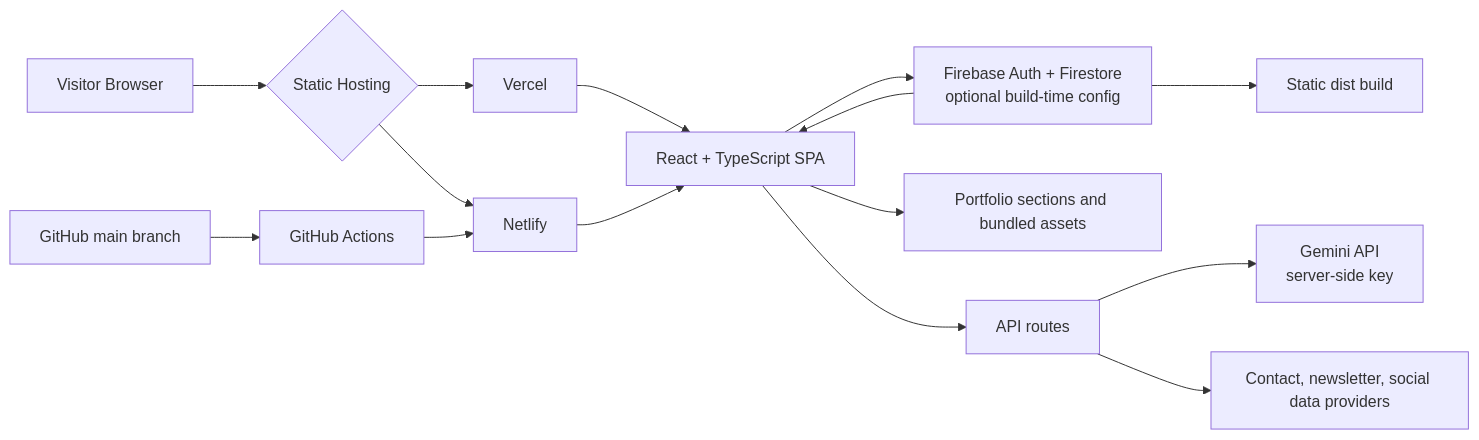
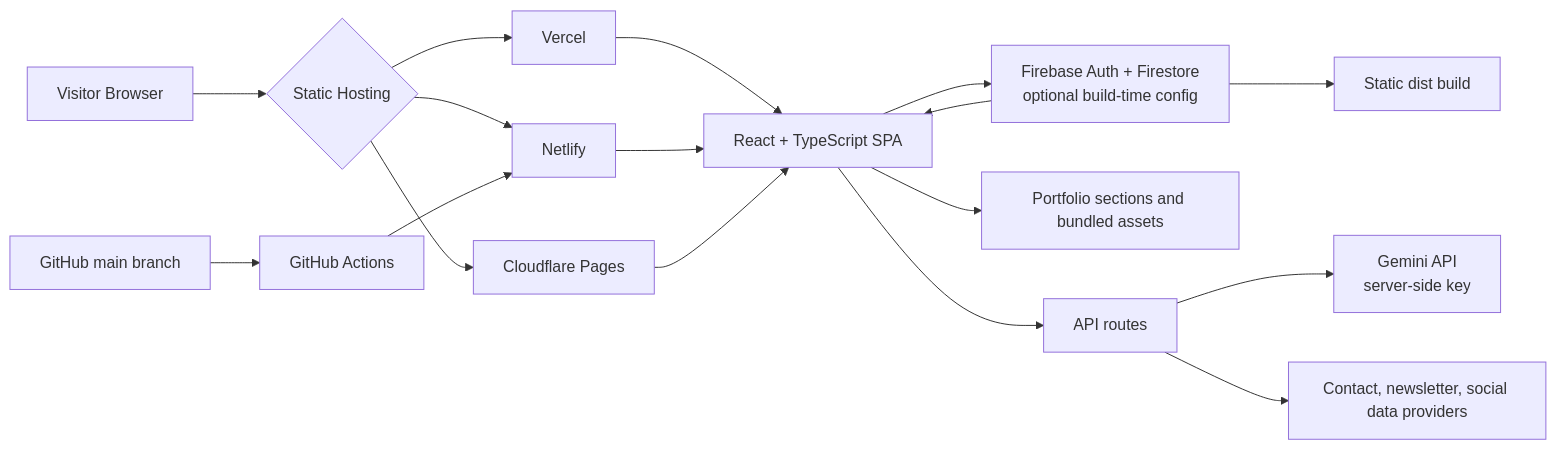
Before and after one commit to kalyan870/kalyanwebsite: the diagram in README.md, drawn with Mermaid. The commit also changed other lines of this file, not shown here.

Commit message:
Document live Cloudflare Pages deployment

````diff
--- a/README.md
+++ b/README.md
@@ -21,17 +21,19 @@
 ```mermaid
 flowchart LR
     Visitor[Visitor Browser] --> Host{Static Hosting}
     Host --> Vercel[Vercel]
     Host --> Netlify[Netlify]
+    Host --> Cloudflare[Cloudflare Pages]
     Vercel --> SPA[React + TypeScript SPA]
     Netlify --> SPA
+    Cloudflare --> SPA
     Firebase --> SPA
     SPA --> Assets[Portfolio sections and bundled assets]
     SPA --> Firebase[Firebase Auth + Firestore<br/>optional build-time config]
     SPA --> API[API routes]
     API --> Gemini[Gemini API<br/>server-side key]
     API --> Providers[Contact, newsletter, social data providers]
     GitHub[GitHub main branch] --> CI[GitHub Actions]
     CI --> Netlify
     Firebase --> Build[Static dist build]
 ```
````
